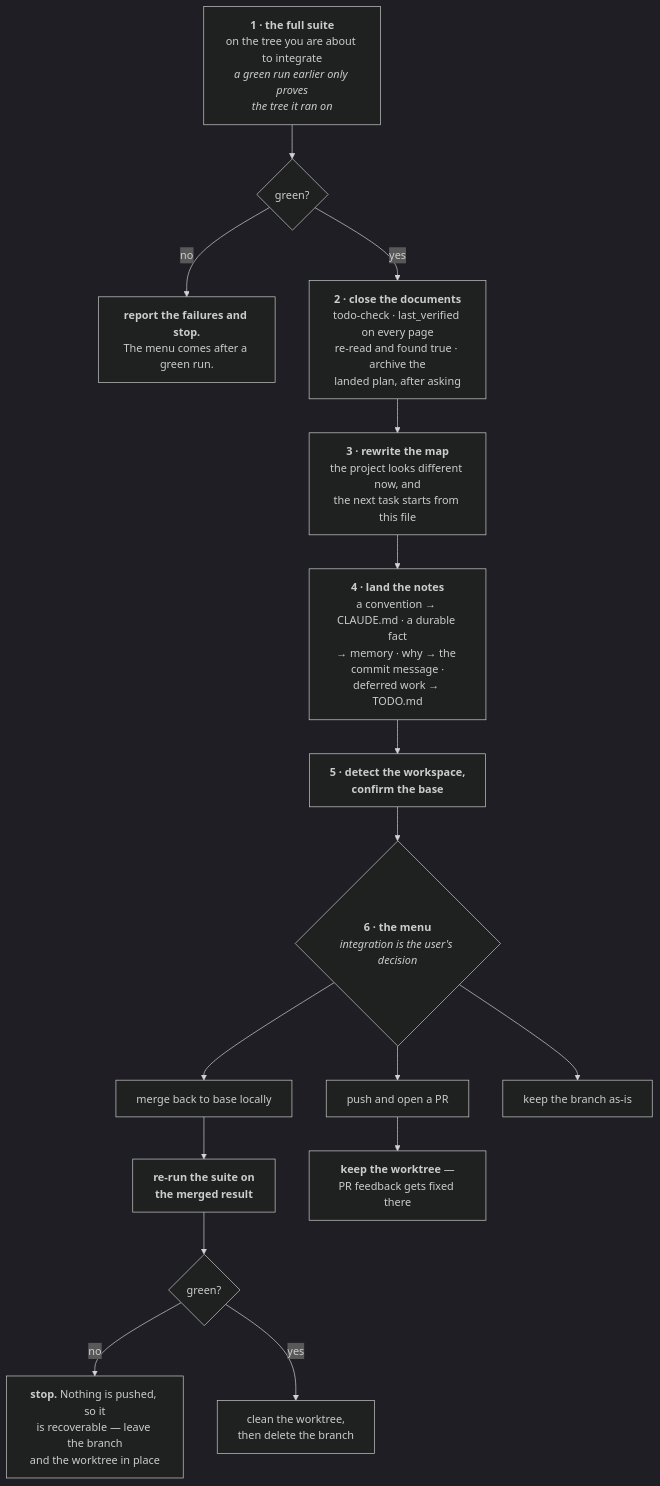
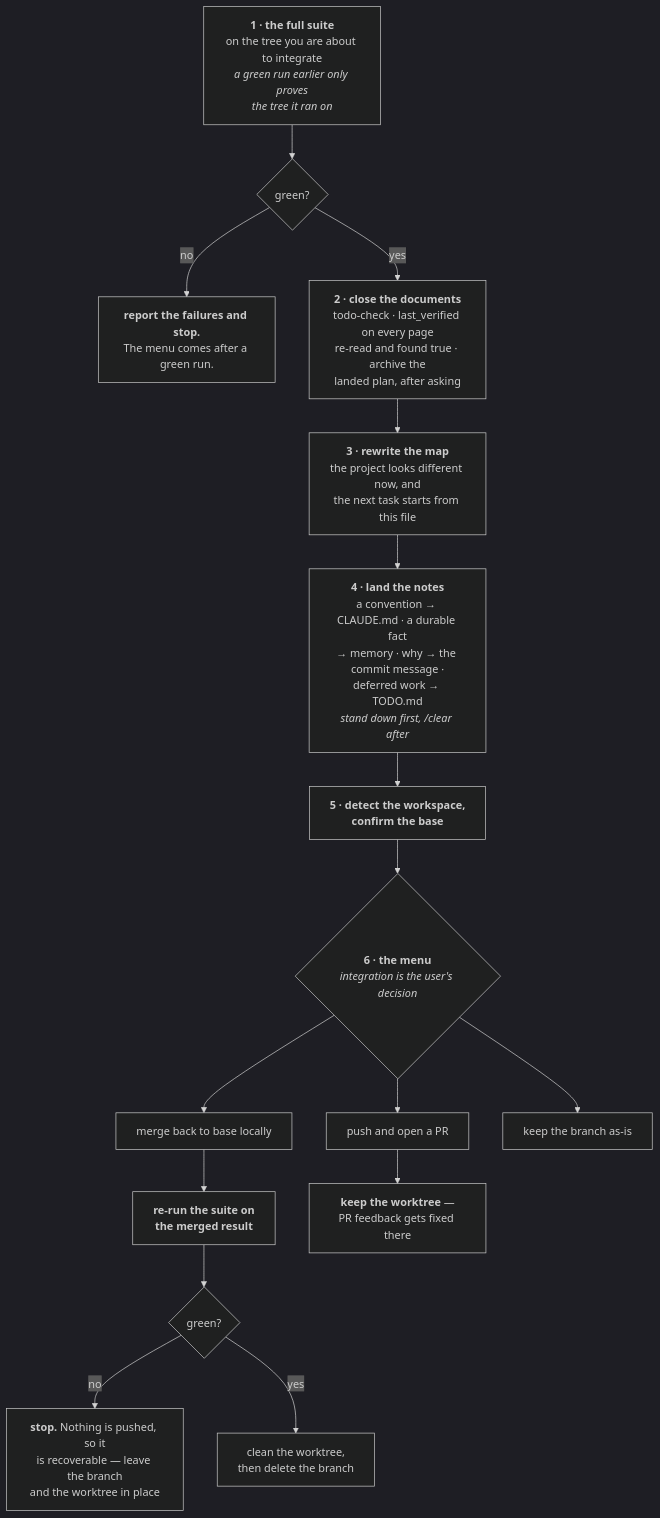
Before and after one commit to FanFantom9452/FanKeel: the eighth of 8 diagrams in docs/pipeline.md, drawn with Mermaid (dark theme). The commit also changed other lines of this file and 2 other files, not shown here.

First line of the commit message:
docs: /clear is the continuation that does not keep the session id

````diff
--- a/docs/pipeline.md
+++ b/docs/pipeline.md
@@ -586,32 +586,32 @@
 ```mermaid
 flowchart TD
     A["<b>1 · the full suite</b><br/>on the tree you are about to integrate<br/><i>a green run earlier only proves<br/>the tree it ran on</i>"]
     A0{"green?"}
     A1["<b>report the failures and stop.</b><br/>The menu comes after a green run."]
     B["<b>2 · close the documents</b><br/>todo-check · last_verified on every page<br/>re-read and found true · archive the<br/>landed plan, after asking"]
     C["<b>3 · rewrite the map</b><br/>the project looks different now, and<br/>the next task starts from this file"]
-    D["<b>4 · land the notes</b><br/>a convention → CLAUDE.md · a durable fact<br/>→ memory · why → the commit message ·<br/>deferred work → TODO.md"]
+    D["<b>4 · land the notes</b><br/>a convention → CLAUDE.md · a durable fact<br/>→ memory · why → the commit message ·<br/>deferred work → TODO.md<br/><i>stand down first, /clear after</i>"]
     E["<b>5 · detect the workspace,<br/>confirm the base</b>"]
     F{"<b>6 · the menu</b><br/><i>integration is the user's decision</i>"}
     F1["merge back to base locally"]
     F2["push and open a PR"]
     F3["keep the branch as-is"]
     G["<b>re-run the suite on<br/>the merged result</b>"]
     G0{"green?"}
     G1["<b>stop.</b> Nothing is pushed, so it<br/>is recoverable — leave the branch<br/>and the worktree in place"]
     G2["clean the worktree,<br/>then delete the branch"]
     H["<b>keep the worktree</b> —<br/>PR feedback gets fixed there"]
 
     A --> A0
     A0 -- no --> A1
     A0 -- yes --> B
     B --> C
     C --> D
     D --> E
     E --> F
     F --> F1 --> G --> G0
     G0 -- no --> G1
     G0 -- yes --> G2
     F --> F2 --> H
     F --> F3
 ```
````
